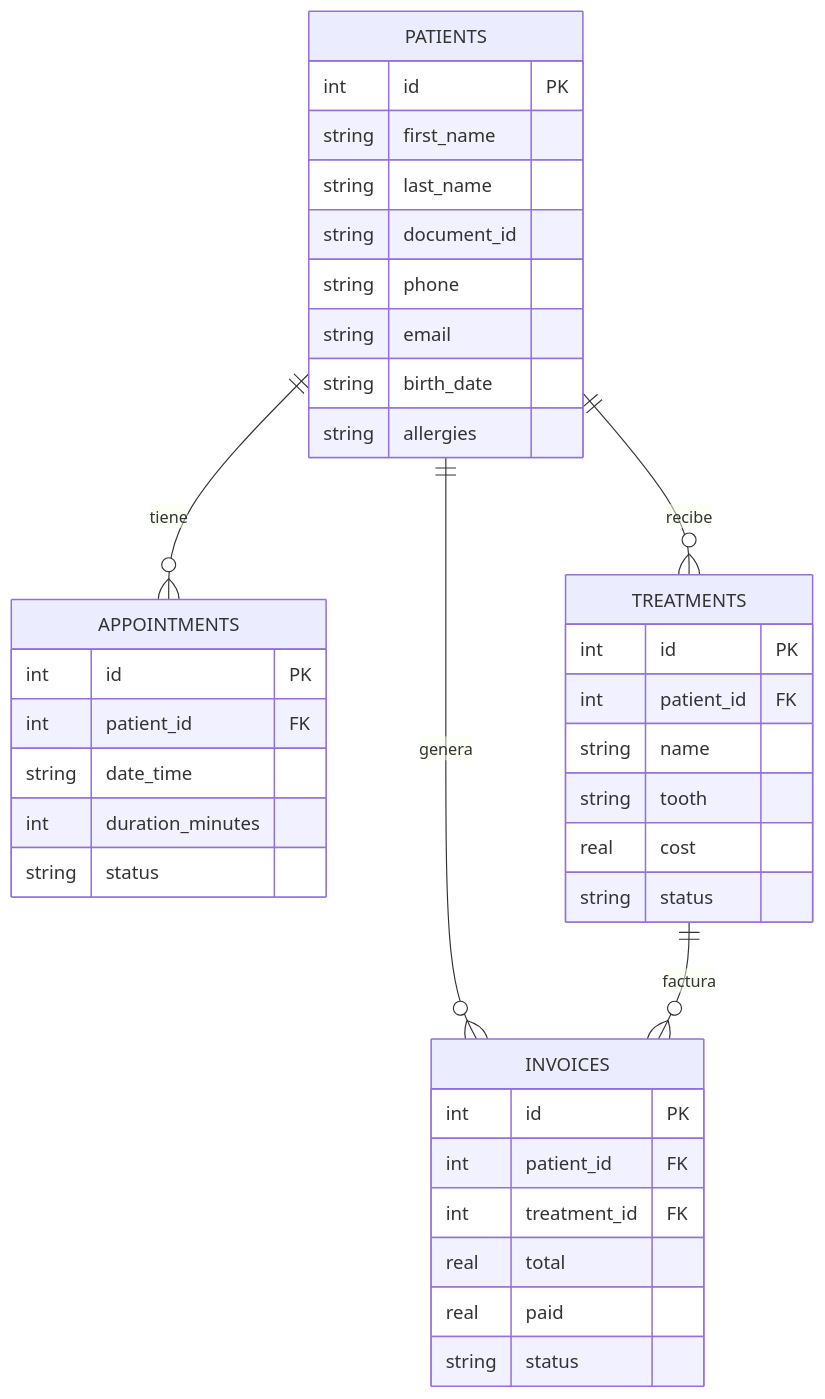
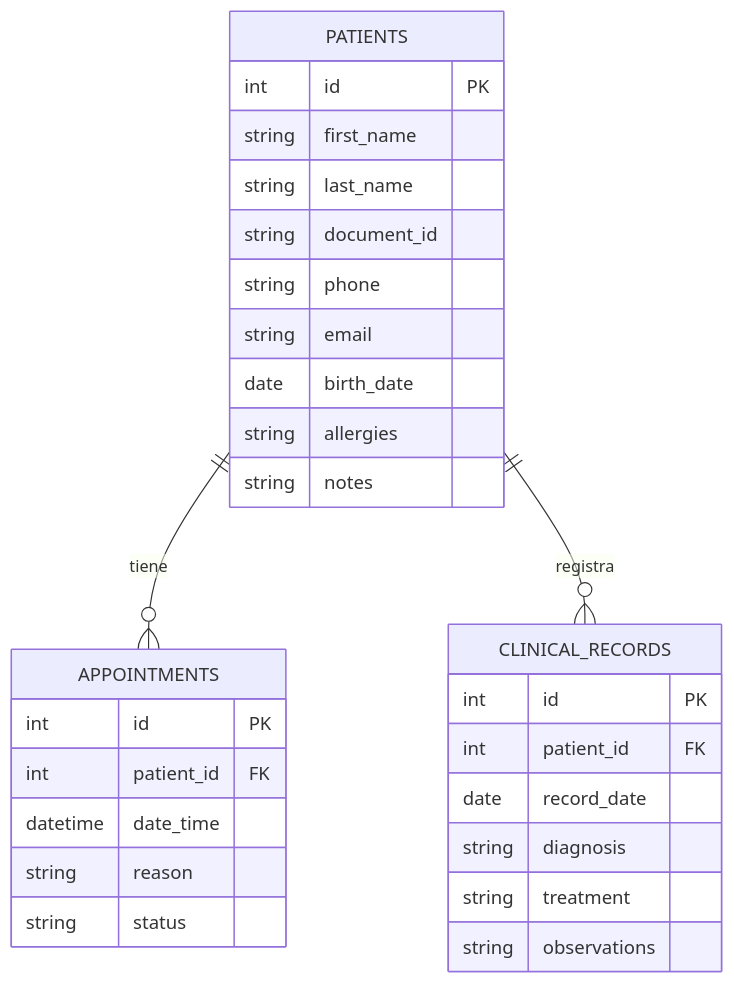
The second of 2 diagrams in docs/ARQUITECTURA.md (Jesus123J/DentalClinic), drawn with Mermaid before and after one commit. The commit also changed other lines of this file and 109 other files, not shown here.

````diff
--- a/docs/ARQUITECTURA.md
+++ b/docs/ARQUITECTURA.md
@@ -51,41 +48,32 @@
 ```mermaid
 erDiagram
     PATIENTS ||--o{ APPOINTMENTS : tiene
-    PATIENTS ||--o{ TREATMENTS : recibe
-    PATIENTS ||--o{ INVOICES : genera
-    TREATMENTS ||--o{ INVOICES : factura
+    PATIENTS ||--o{ CLINICAL_RECORDS : registra
 
     PATIENTS {
         int id PK
         string first_name
         string last_name
         string document_id
         string phone
         string email
-        string birth_date
+        date birth_date
         string allergies
+        string notes
     }
     APPOINTMENTS {
         int id PK
         int patient_id FK
-        string date_time
-        int duration_minutes
+        datetime date_time
+        string reason
         string status
     }
-    TREATMENTS {
+    CLINICAL_RECORDS {
         int id PK
         int patient_id FK
-        string name
-        string tooth
-        real cost
-        string status
-    }
-    INVOICES {
-        int id PK
-        int patient_id FK
-        int treatment_id FK
-        real total
-        real paid
-        string status
+        date record_date
+        string diagnosis
+        string treatment
+        string observations
     }
 ```
````
